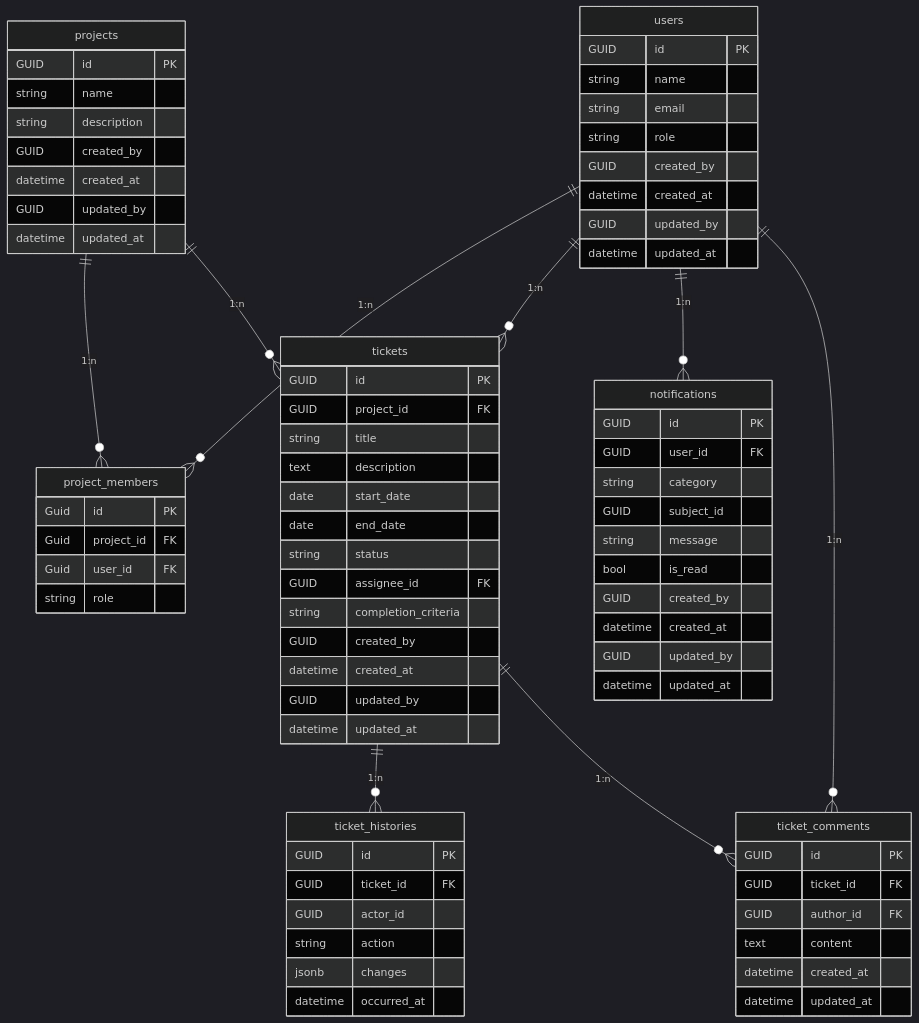
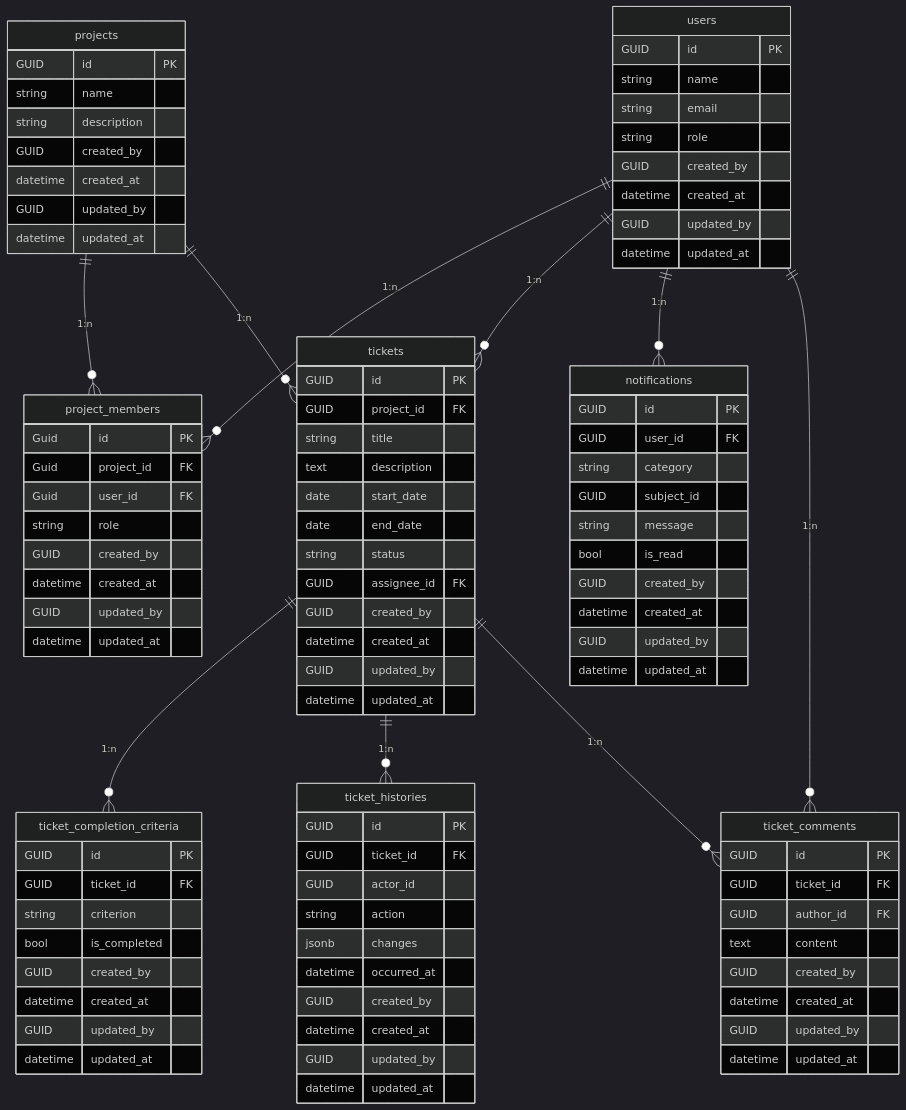
Before and after one commit to kuairen-227/pm-app-docs: the diagram in 02.design/er-diagram.md, drawn with Mermaid (dark theme). The commit also changed 1 other file, not shown here.

Commit message:
feat(design): :sparkles: `ticket_completion_criteria` の追加等

```diff
--- a/02.design/er-diagram.md
+++ b/02.design/er-diagram.md
@@ -26,6 +26,10 @@
         Guid project_id FK
         Guid user_id FK
         string role
+        GUID created_by
+        datetime created_at
+        GUID updated_by
+        datetime updated_at
     }
     tickets {
         GUID id PK
@@ -36,7 +40,16 @@
         date end_date
         string status
         GUID assignee_id FK
-        string completion_criteria
+        GUID created_by
+        datetime created_at
+        GUID updated_by
+        datetime updated_at
+    }
+    ticket_completion_criteria {
+        GUID id PK
+        GUID ticket_id FK
+        string criterion
+        bool is_completed
         GUID created_by
         datetime created_at
         GUID updated_by
@@ -47,7 +60,9 @@
         GUID ticket_id FK
         GUID author_id FK
         text content
+        GUID created_by
         datetime created_at
+        GUID updated_by
         datetime updated_at
     }
     ticket_histories {
@@ -57,6 +72,10 @@
         string action
         jsonb changes
         datetime occurred_at
+        GUID created_by
+        datetime created_at
+        GUID updated_by
+        datetime updated_at
     }
     notifications {
         GUID id PK
@@ -75,6 +94,7 @@
     projects ||--o{ project_members : "1:n"
     projects ||--o{ tickets : "1:n"
     users ||--o{ tickets : "1:n"
+    tickets ||--o{ ticket_completion_criteria : "1:n"
     tickets ||--o{ ticket_histories : "1:n"
     users ||--o{ notifications : "1:n"
     tickets ||--o{ ticket_comments : "1:n"
```
